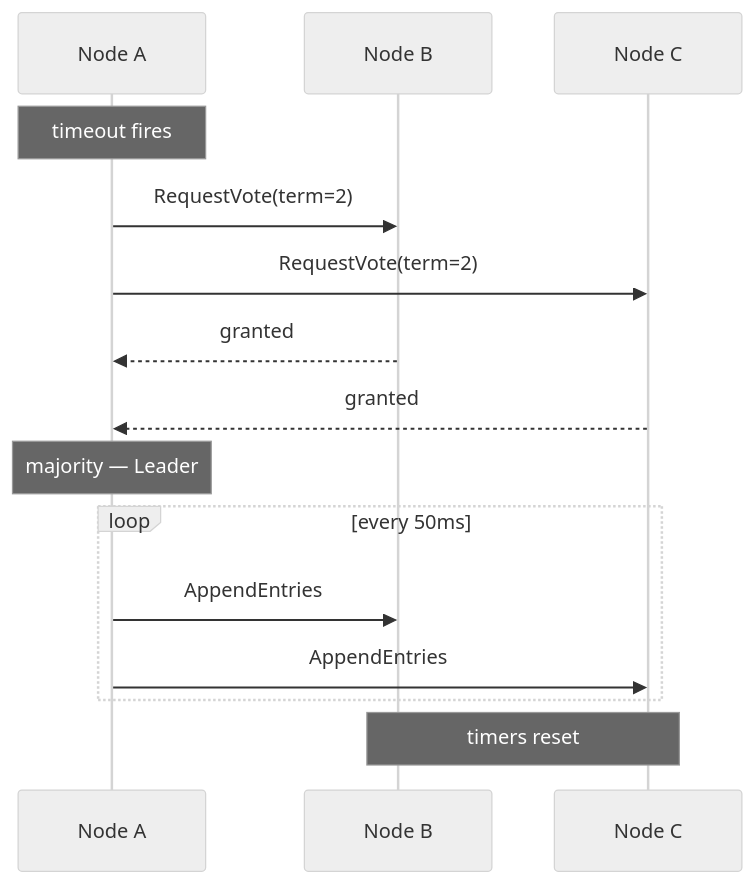
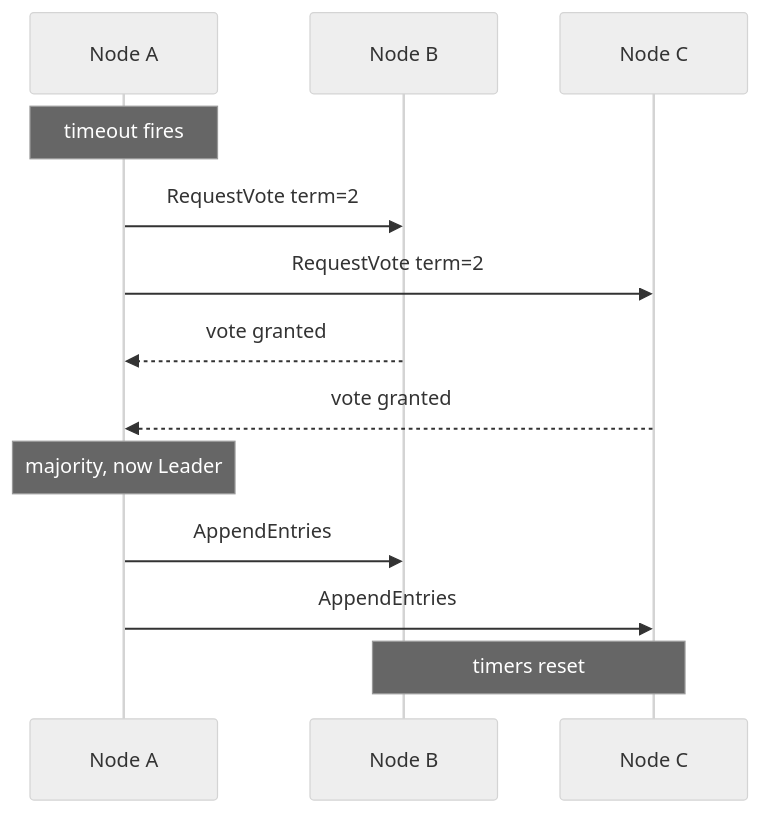
One commit to sachhayaKO/raft changed the second of 2 diagrams in DESIGN.md. Above: the diagram before and after it, drawn with Mermaid (neutral theme). The commit also changed other lines of this file, not shown here.

````diff
--- a/DESIGN.md
+++ b/DESIGN.md
@@ -45,18 +42,16 @@
 ```mermaid
 sequenceDiagram
     participant A as Node A
     participant B as Node B
     participant C as Node C
 
     Note over A: timeout fires
-    A->>B: RequestVote(term=2)
-    A->>C: RequestVote(term=2)
-    B-->>A: granted
-    C-->>A: granted
-    Note over A: majority — Leader
-    loop every 50ms
-        A->>B: AppendEntries
-        A->>C: AppendEntries
-    end
+    A->>B: RequestVote term=2
+    A->>C: RequestVote term=2
+    B-->>A: vote granted
+    C-->>A: vote granted
+    Note over A: majority, now Leader
+    A->>B: AppendEntries
+    A->>C: AppendEntries
     Note over B,C: timers reset
 ```
````
